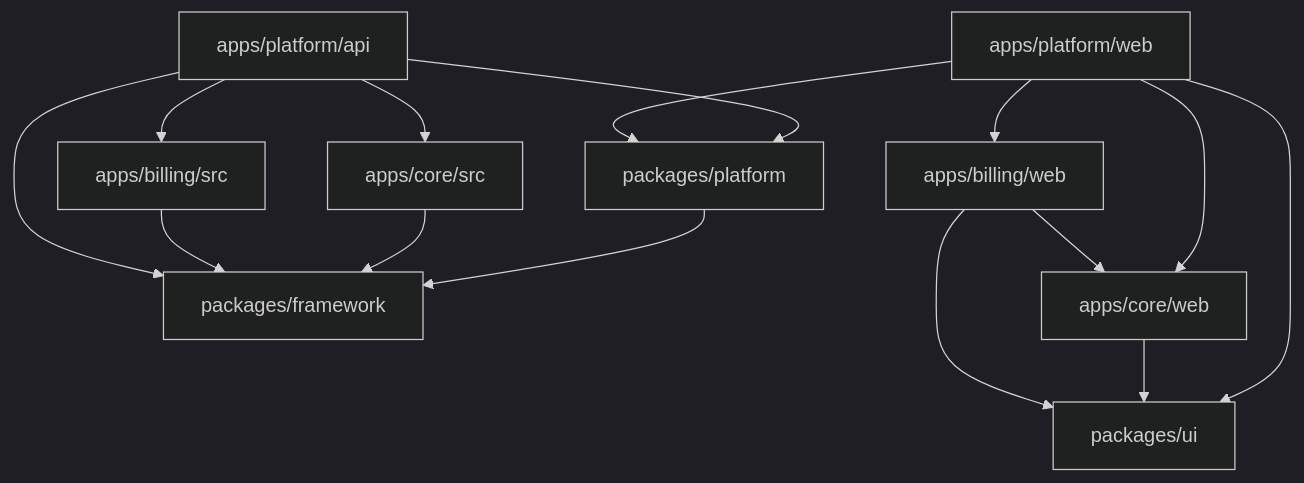
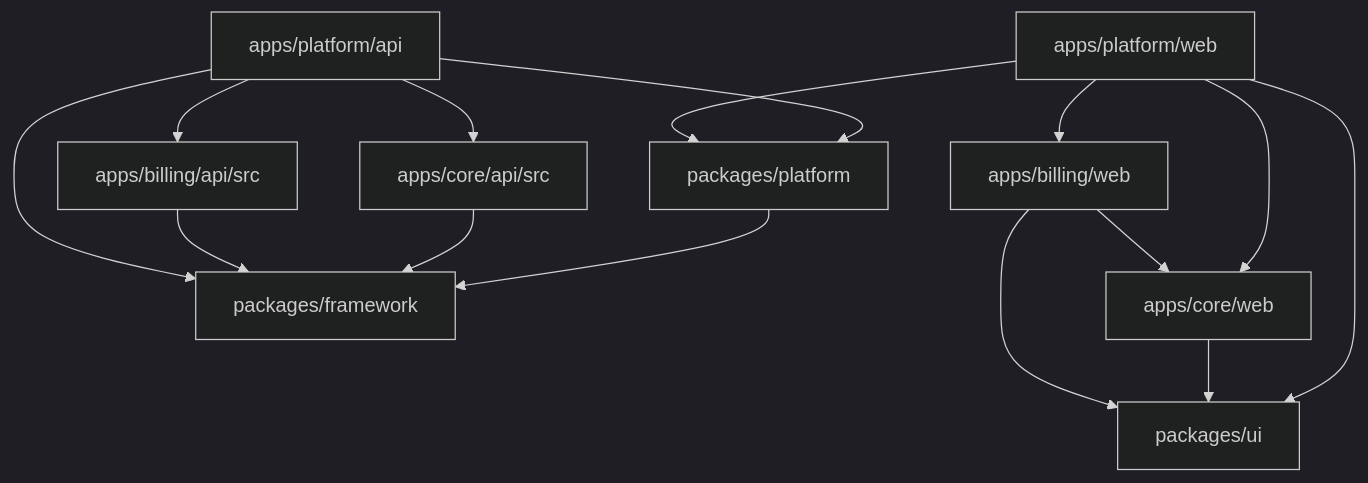
One commit to PREFIQ/codexsun changed the diagram in assist/architecture/module-boundaries.md. Above: the diagram before and after it, drawn with Mermaid (dark theme). The commit also changed other lines of this file and 207 other files, not shown here.

````diff
--- a/assist/architecture/module-boundaries.md
+++ b/assist/architecture/module-boundaries.md
@@ -345,27 +351,27 @@
 ```mermaid
 graph TD
   framework[packages/framework]
   platform[packages/platform]
   ui[packages/ui]
-  core[apps/core/src]
+  core[apps/core/api/src]
   coreweb[apps/core/web]
-  billing[apps/billing/src]
+  billing[apps/billing/api/src]
   billingweb[apps/billing/web]
   api[apps/platform/api]
   web[apps/platform/web]
 
   platform --> framework
   core --> framework
   billing --> framework
   api --> framework
   api --> platform
   api --> core
   api --> billing
   web --> platform
   web --> ui
   web --> coreweb
   web --> billingweb
   coreweb --> ui
   billingweb --> ui
   billingweb --> coreweb
 ```
````
